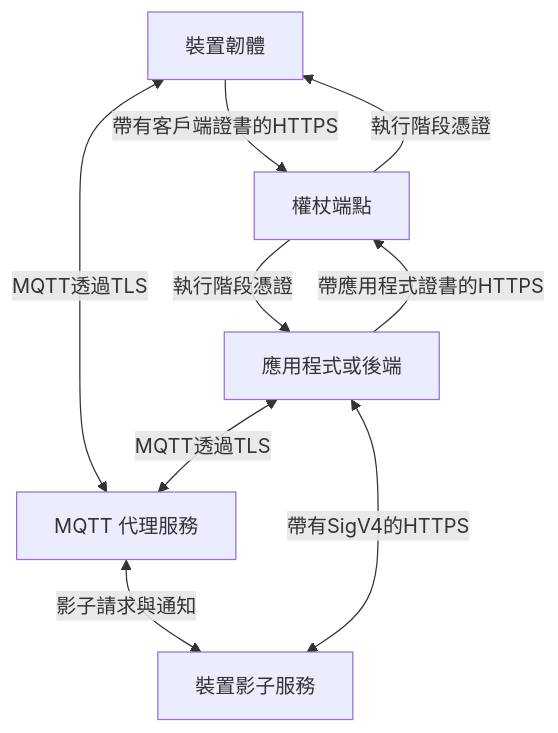
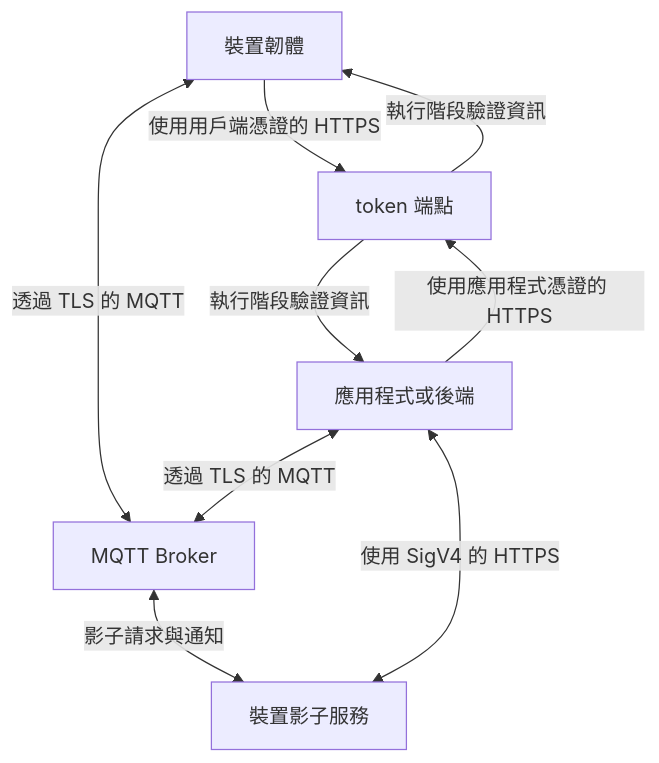
The diagram in web/content/developer-docs/assets/service-overview.zh-TW.mmd (hkt999rtk/rtk_cloud_admin), drawn with Mermaid before and after one commit. The commit also changed 178 other files, not shown here.

```diff
--- a/web/content/developer-docs/assets/service-overview.zh-TW.mmd
+++ b/web/content/developer-docs/assets/service-overview.zh-TW.mmd
@@ -1,9 +1,9 @@
 flowchart TB
-    D[裝置韌體] <-->|MQTT透過TLS| B[MQTT 代理服務]
-    A[應用程式或後端] <-->|MQTT透過TLS| B
+    D[裝置韌體] <-->|透過 TLS 的 MQTT| B[MQTT Broker]
+    A[應用程式或後端] <-->|透過 TLS 的 MQTT| B
     B <-->|影子請求與通知| S[裝置影子服務]
-    A <-->|帶有SigV4的HTTPS| S
-    D -->|帶有客戶端證書的HTTPS| T[權杖端點]
-    A -->|帶應用程式證書的HTTPS| T
-    T -->|執行階段憑證| D
-    T -->|執行階段憑證| A
+    A <-->|使用 SigV4 的 HTTPS| S
+    D -->|使用用戶端憑證的 HTTPS| T[token 端點]
+    A -->|使用應用程式憑證的 HTTPS| T
+    T -->|執行階段驗證資訊| D
+    T -->|執行階段驗證資訊| A
```
